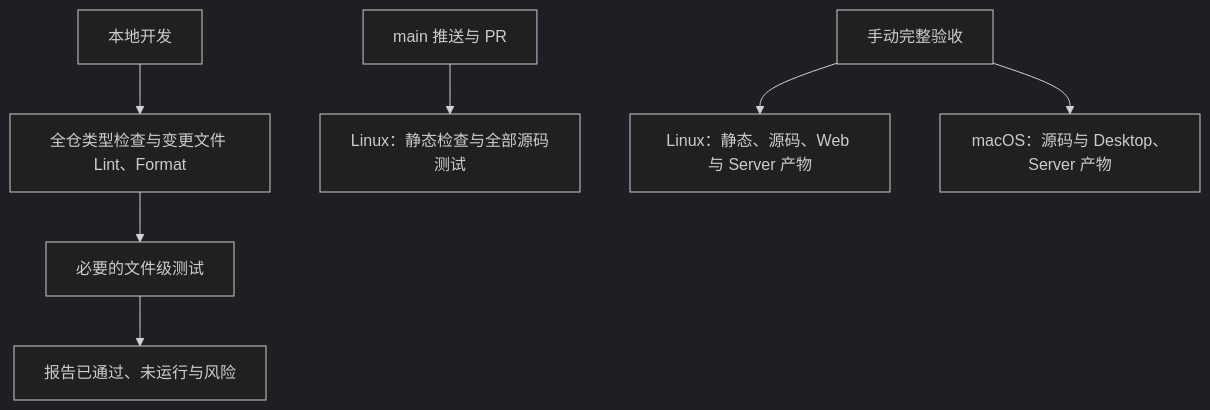
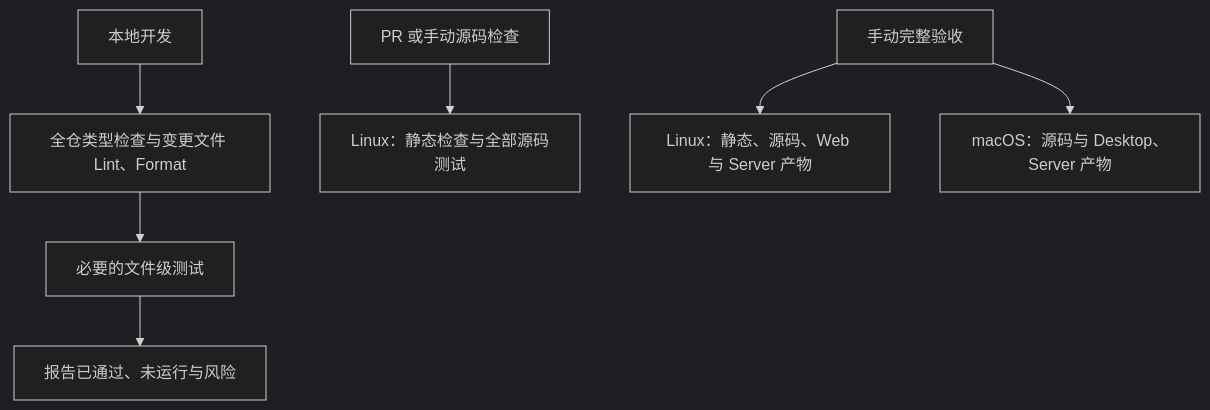
Before and after one commit to xidongdong-153/Pi-meme: the diagram in docs/testing.md, drawn with Mermaid. The commit also changed other lines of this file and 6 other files, not shown here.

````diff
--- a/docs/testing.md
+++ b/docs/testing.md
@@ -20,10 +20,10 @@
 ```mermaid
 %%{init: {"theme": "dark"}}%%
 flowchart TD
     A["本地开发"] --> B["全仓类型检查与变更文件 Lint、Format"]
     B --> C["必要的文件级测试"]
     C --> D["报告已通过、未运行与风险"]
-    E["main 推送与 PR"] --> F["Linux：静态检查与全部源码测试"]
+    E["PR 或手动源码检查"] --> F["Linux：静态检查与全部源码测试"]
     G["手动完整验收"] --> H["Linux：静态、源码、Web 与 Server 产物"]
     G --> I["macOS：源码与 Desktop、Server 产物"]
 ```
````
